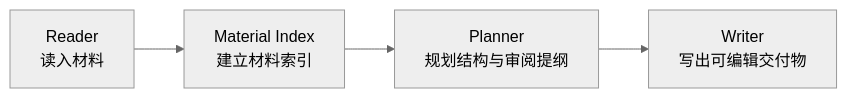
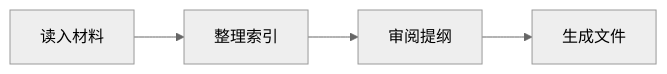
The diagram in README.md (Kabuqina/Kabuqina), drawn with Mermaid (neutral theme) before and after one commit. The commit also changed other lines of this file and 18 other files, not shown here.

````diff
--- a/README.md
+++ b/README.md
@@ -55,6 +26,6 @@
 ```mermaid
 flowchart LR
-  A[Reader<br/>读入材料] --> B[Material Index<br/>建立材料索引]
-  B --> C[Planner<br/>规划结构与审阅提纲]
-  C --> D[Writer<br/>写出可编辑交付物]
+  A[读入材料] --> B[整理索引]
+  B --> C[审阅提纲]
+  C --> D[生成文件]
 ```
````
